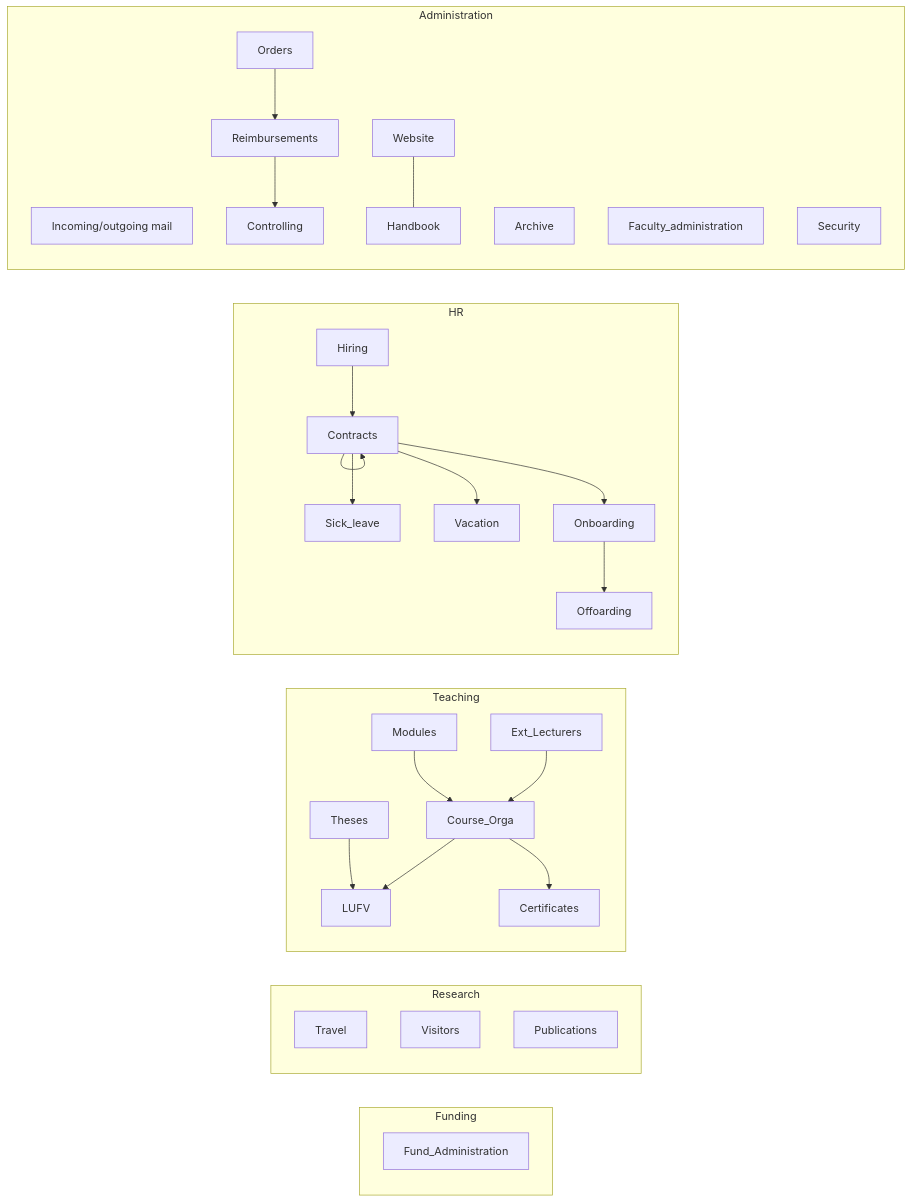
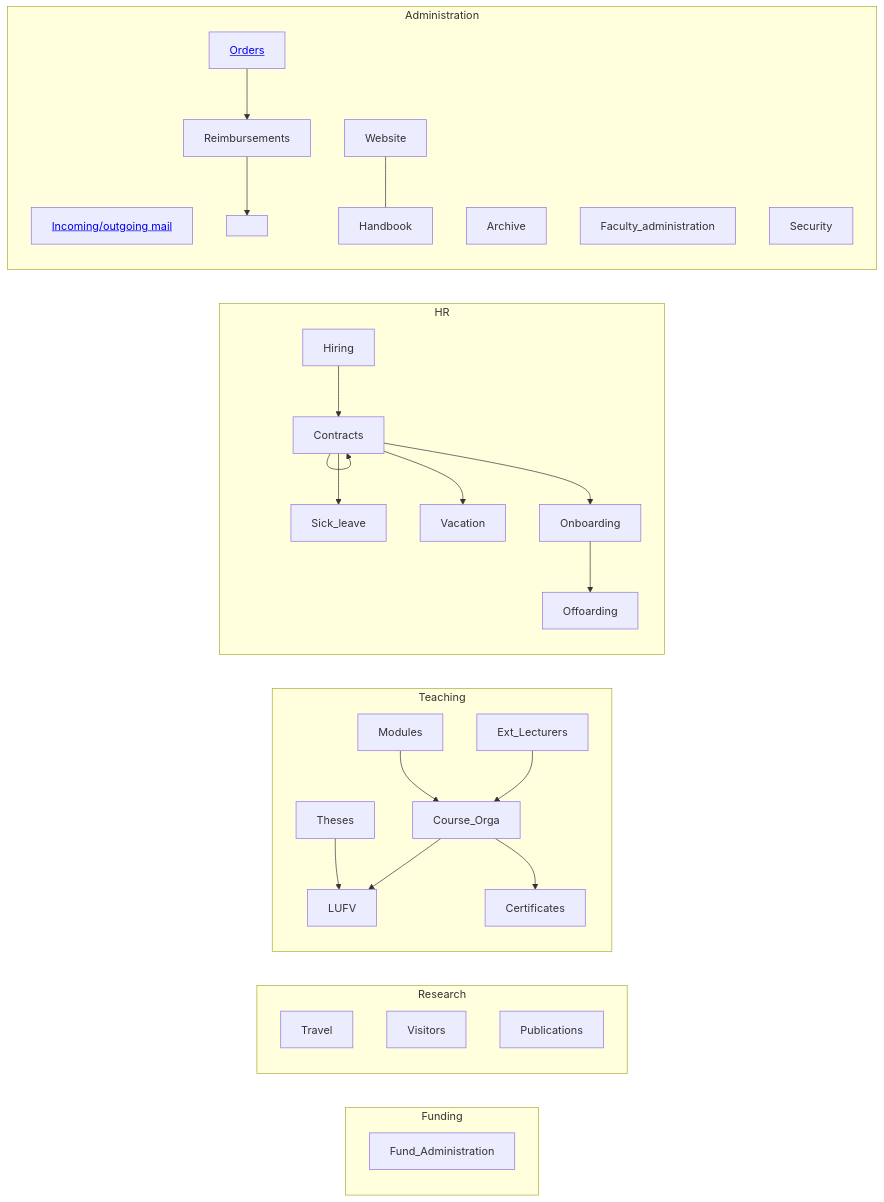
The diagram in docs/10-lab/10_processes/10.09.team_assistance.md (digital-work-lab/handbook), drawn with Mermaid before and after one commit.

````diff
--- a/docs/10-lab/10_processes/10.09.team_assistance.md
+++ b/docs/10-lab/10_processes/10.09.team_assistance.md
@@ -13,39 +13,39 @@
 ```mermaid
 flowchart LR
     subgraph Funding
         Fund_Administration
     end
     subgraph Research
         Travel
         Visitors
         Publications
     end
     subgraph Teaching
         Ext_Lecturers --> Course_Orga
         Modules --> Course_Orga
         Course_Orga --> LUFV
         Theses --> LUFV
         LUFV
         Course_Orga --> Certificates
     end
     subgraph HR
         Hiring --> Contracts
         Contracts --> Contracts
         Contracts --> Onboarding
         Contracts --> Sick_leave
         Contracts --> Vacation
         Onboarding --> Offoarding
     end
     subgraph Administration
-        Mail[Incoming/outgoing mail]
+        Mail["<a href='10.51.mail.html'>Incoming/outgoing mail</a>"]
         Archive
         Faculty_administration
-        Orders --> Reimbursements
-        Reimbursements --> Controlling
+        Orders["<a href='10.52.orders.html'>Orders</a>"] --> Reimbursements
+        Reimbursements --> Controlling["<a href='10.70.controlling.html'></a>"]
         Controlling
         Website --- Handbook
         Handbook
         Security
     end
 
 ```
````
